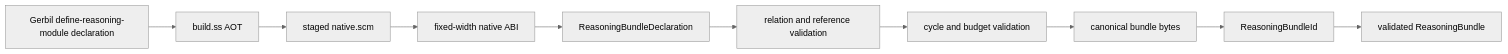
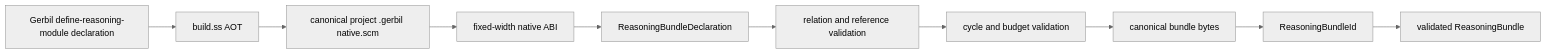
One commit to tao3k/meta-relational-reasoning changed the diagram in docs/architecture/0008-reasoning-bundle-ir.org. Above: the diagram before and after it, drawn with Mermaid (neutral theme). The commit also changed other lines of this file and 138 other files, not shown here.

```diff
--- a/docs/architecture/0008-reasoning-bundle-ir.org
+++ b/docs/architecture/0008-reasoning-bundle-ir.org
@@ -30,12 +30,12 @@
 #+begin_src mermaid
 flowchart LR
     D[Gerbil define-reasoning-module declaration] --> A[build.ss AOT]
-    A --> N[staged native.scm]
+    A --> N[canonical project .gerbil native.scm]
     N --> F[fixed-width native ABI]
     F --> U[ReasoningBundleDeclaration]
     U --> R[relation and reference validation]
     R --> C[cycle and budget validation]
     C --> B[canonical bundle bytes]
     B --> I[ReasoningBundleId]
     I --> V[validated ReasoningBundle]
 #+end_src
```
